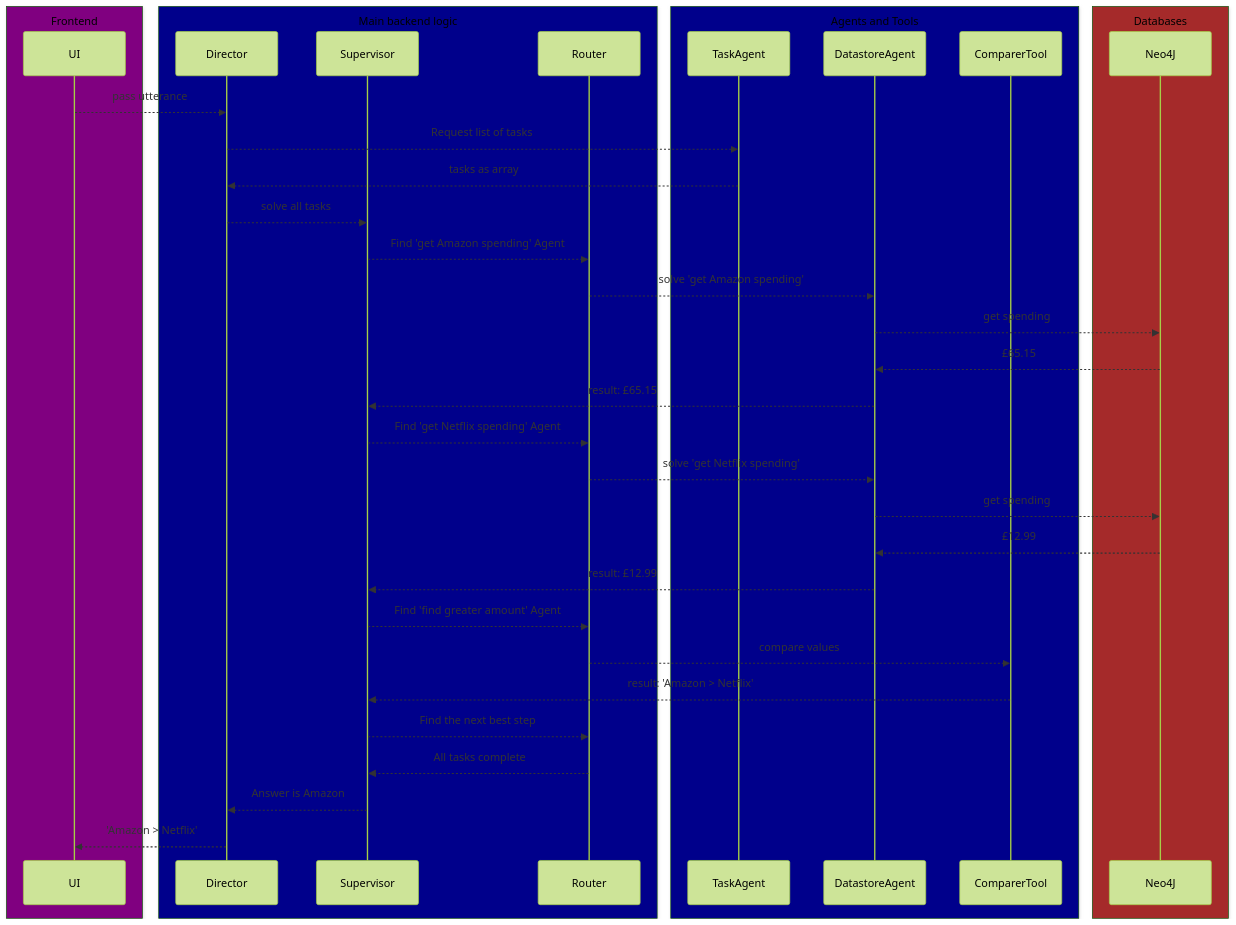
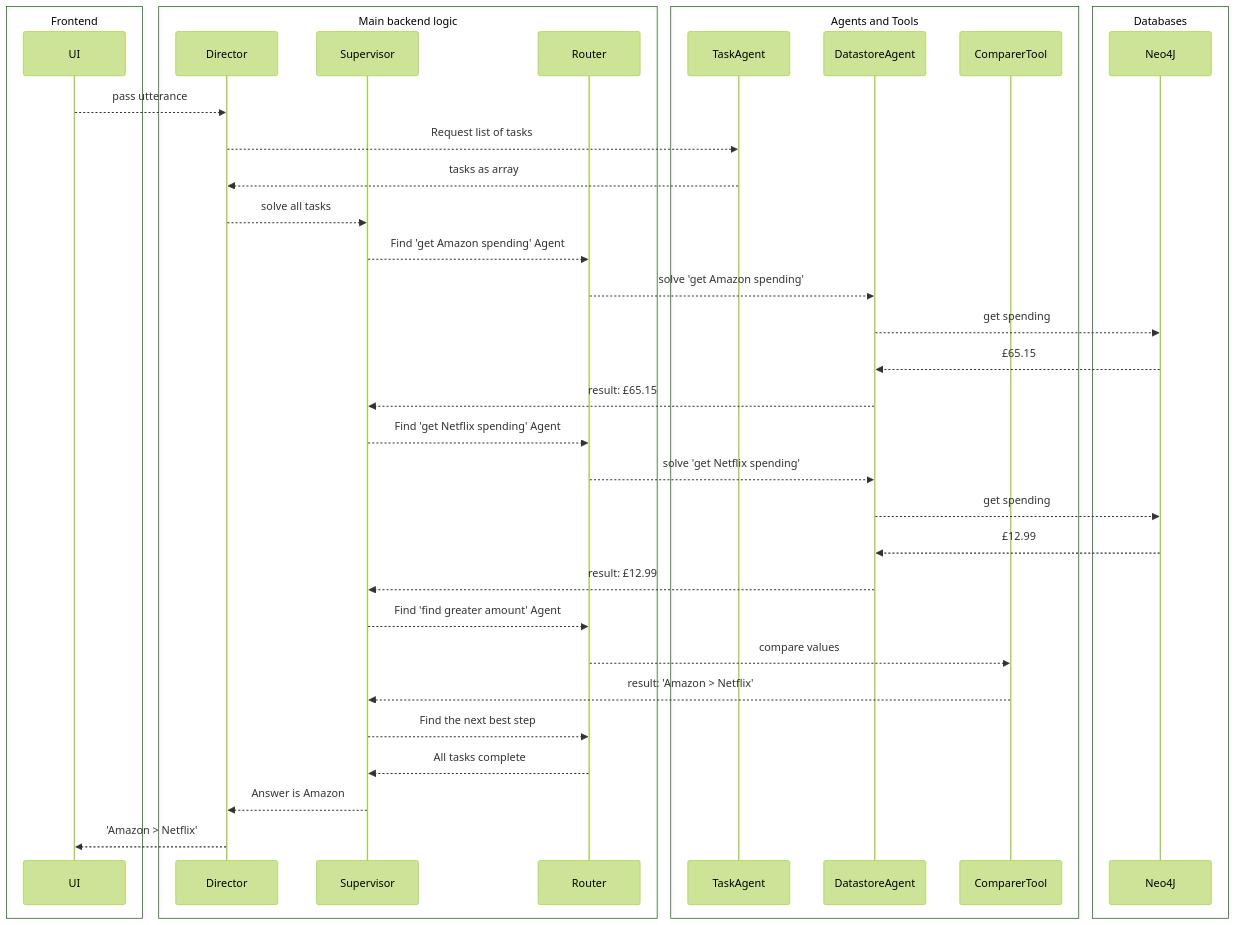
One commit to WaitThatShouldntWork/InferGPT changed the diagram in assets/sum-my-subscriptions/happy_flows_sum_my_subs_top_level_concepts.md. Above: the diagram before and after it, drawn with Mermaid (forest theme). The commit also changed 3 other files, not shown here.

````diff
--- a/assets/sum-my-subscriptions/happy_flows_sum_my_subs_top_level_concepts.md
+++ b/assets/sum-my-subscriptions/happy_flows_sum_my_subs_top_level_concepts.md
@@ -7,40 +7,40 @@
 ```mermaid
 sequenceDiagram
-    box Purple Frontend
+    box Frontend
     participant UI
     end
-    box DarkBlue Main backend logic
+    box Main backend logic
     participant Director
     participant Supervisor
     participant Router
     end
-    box DarkBlue Agents and Tools
+    box Agents and Tools
     participant TaskAgent
     participant DatastoreAgent
     participant ComparerTool
     end
-    box Brown Databases
+    box Databases
     participant Neo4J
     end
     UI -->> Director: pass utterance
     Director -->> TaskAgent: Request list of tasks
     TaskAgent -->> Director: tasks as array
     Director -->> Supervisor: solve all tasks
     Supervisor -->> Router: Find 'get Amazon spending' Agent
     Router -->> DatastoreAgent: solve 'get Amazon spending'
     DatastoreAgent -->> Neo4J: get spending
     Neo4J -->> DatastoreAgent: £65.15
     DatastoreAgent -->> Supervisor: result: £65.15
     Supervisor -->> Router: Find 'get Netflix spending' Agent
     Router -->> DatastoreAgent: solve 'get Netflix spending'
     DatastoreAgent -->> Neo4J: get spending
     Neo4J -->> DatastoreAgent: £12.99
     DatastoreAgent -->> Supervisor: result: £12.99
     Supervisor -->> Router: Find 'find greater amount' Agent
     Router -->> ComparerTool: compare values
     ComparerTool -->> Supervisor: result: 'Amazon > Netflix'
     Supervisor -->> Router: Find the next best step
     Router -->> Supervisor: All tasks complete
     Supervisor -->> Director: Answer is Amazon
     Director -->> UI: 'Amazon > Netflix'
 ```
````
